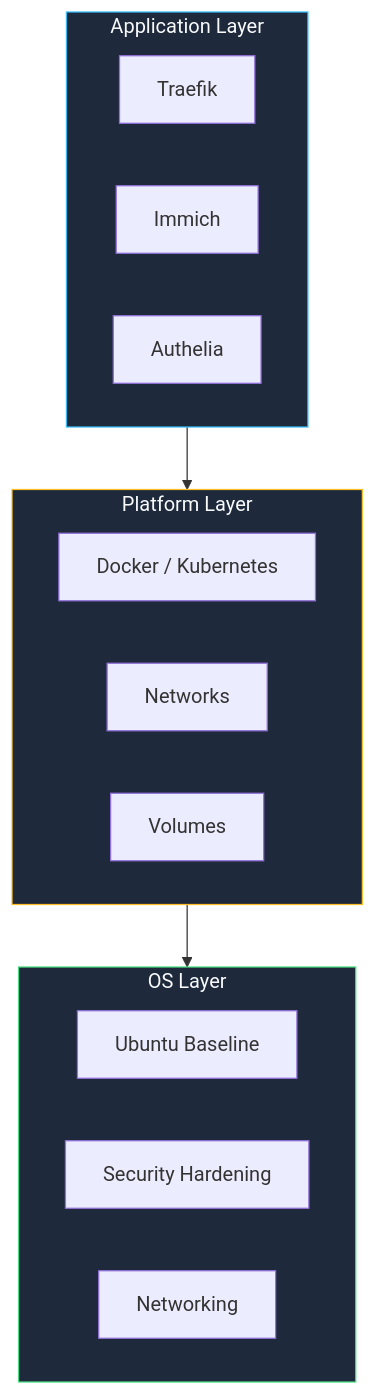
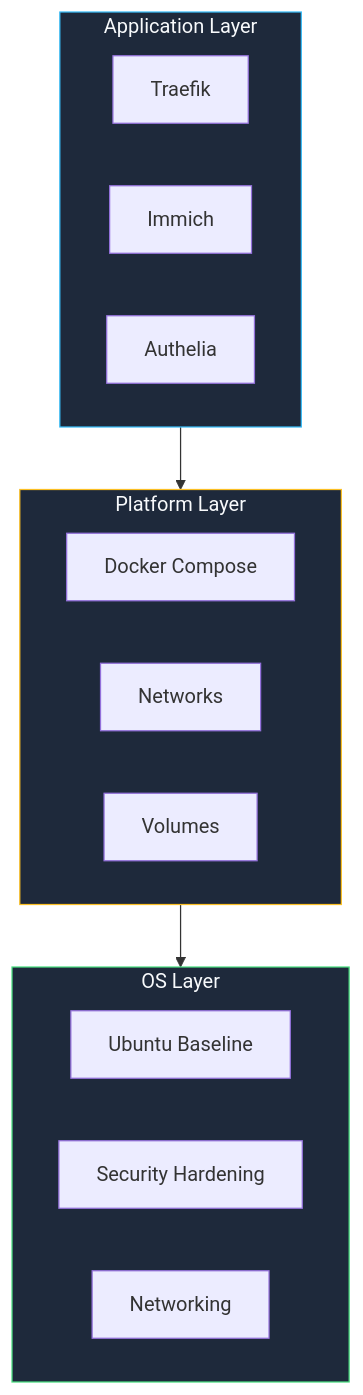
One commit to KombiverseLabs/docs changed the diagram in stackkits/explanations/cue-architecture.mdx. Above: the diagram before and after it, drawn with Mermaid. The commit also changed other lines of this file and 95 other files, not shown here.

````diff
--- a/stackkits/explanations/cue-architecture.mdx
+++ b/stackkits/explanations/cue-architecture.mdx
@@ -33,26 +33,26 @@
 ```mermaid
 graph TB
     subgraph App["Application Layer"]
         S1["Traefik"]
         S2["Immich"]
         S3["Authelia"]
     end
 
     subgraph Platform["Platform Layer"]
-        Docker["Docker / Kubernetes"]
+        Docker["Docker Compose"]
         Networks["Networks"]
         Volumes["Volumes"]
     end
 
     subgraph OS["OS Layer"]
         Ubuntu["Ubuntu Baseline"]
         Security["Security Hardening"]
         Networking["Networking"]
     end
 
     App --> Platform --> OS
 
     style App fill:#1e293b,stroke:#38bdf8,color:#f8fafc
     style Platform fill:#1e293b,stroke:#fbbf24,color:#f8fafc
     style OS fill:#1e293b,stroke:#4ade80,color:#f8fafc
 ```
````
